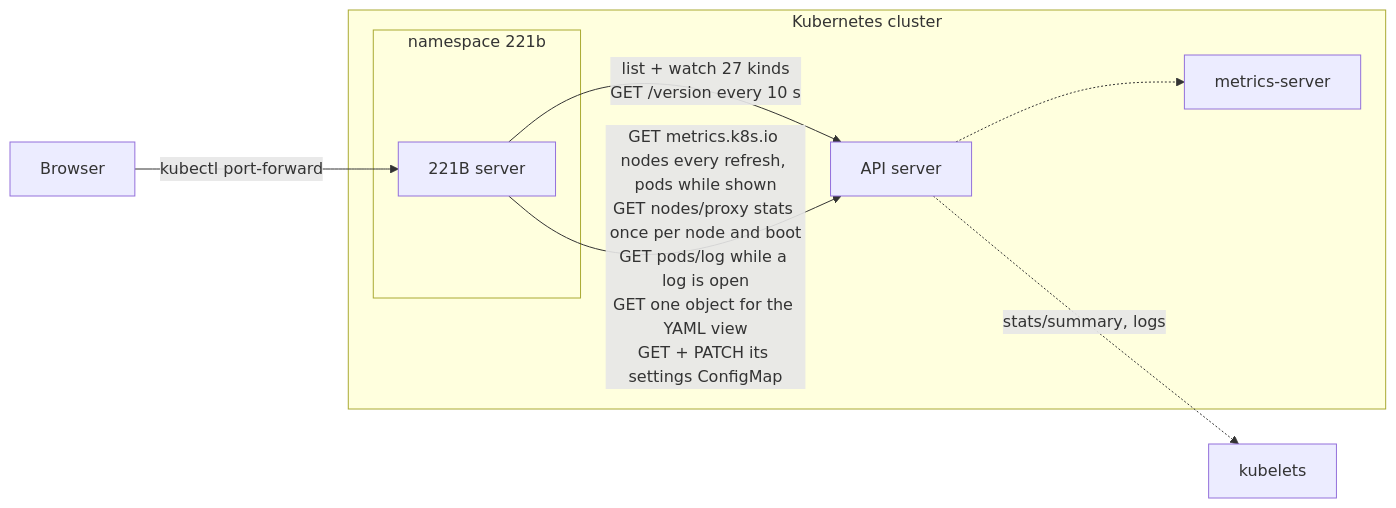
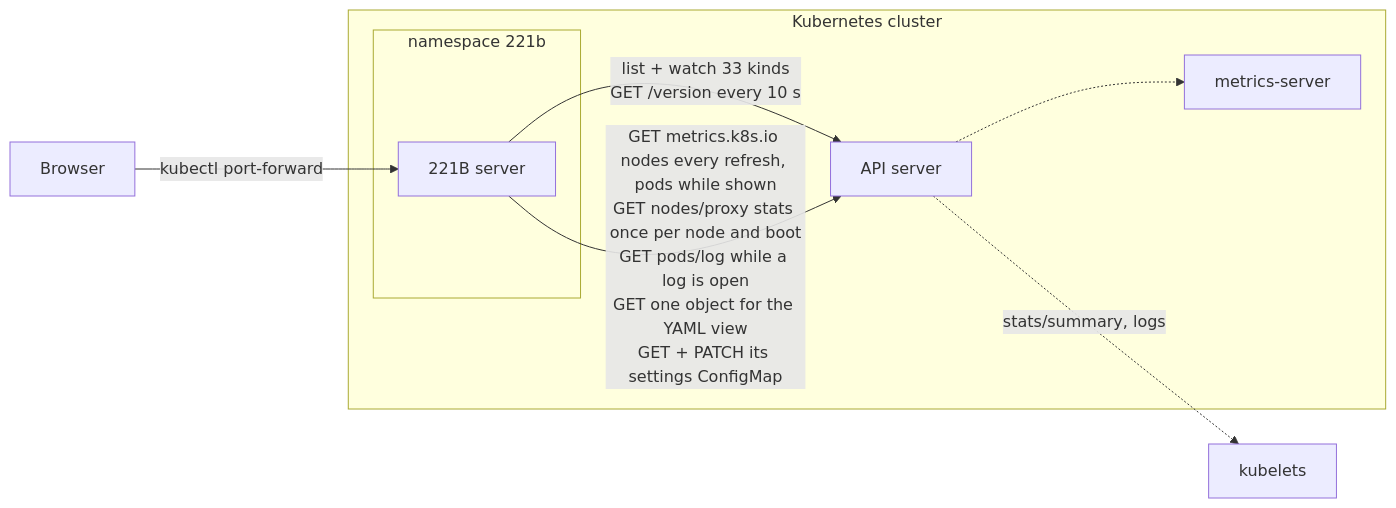
Before and after one commit to ucesys/221b: the first of 2 diagrams in docs/architecture.md, drawn with Mermaid. The commit also changed other lines of this file and 189 other files, not shown here.

````diff
--- a/docs/architecture.md
+++ b/docs/architecture.md
@@ -11,15 +11,15 @@
 ```mermaid
 flowchart LR
   subgraph cluster[Kubernetes cluster]
     api[API server]
     ms[metrics-server]
     subgraph ns[namespace 221b]
       srv[221B server]
     end
   end
   browser[Browser] -- "kubectl port-forward" --> srv
-  srv -- "list + watch 27 kinds\nGET /version every 10 s" --> api
+  srv -- "list + watch 33 kinds\nGET /version every 10 s" --> api
   srv -- "GET metrics.k8s.io nodes every refresh, pods while shown\nGET nodes/proxy stats once per node and boot\nGET pods/log while a log is open\nGET one object for the YAML view\nGET + PATCH its settings ConfigMap" --> api
   api -.-> ms
   api -. "stats/summary, logs" .-> kubelets[kubelets]
 ```
````
